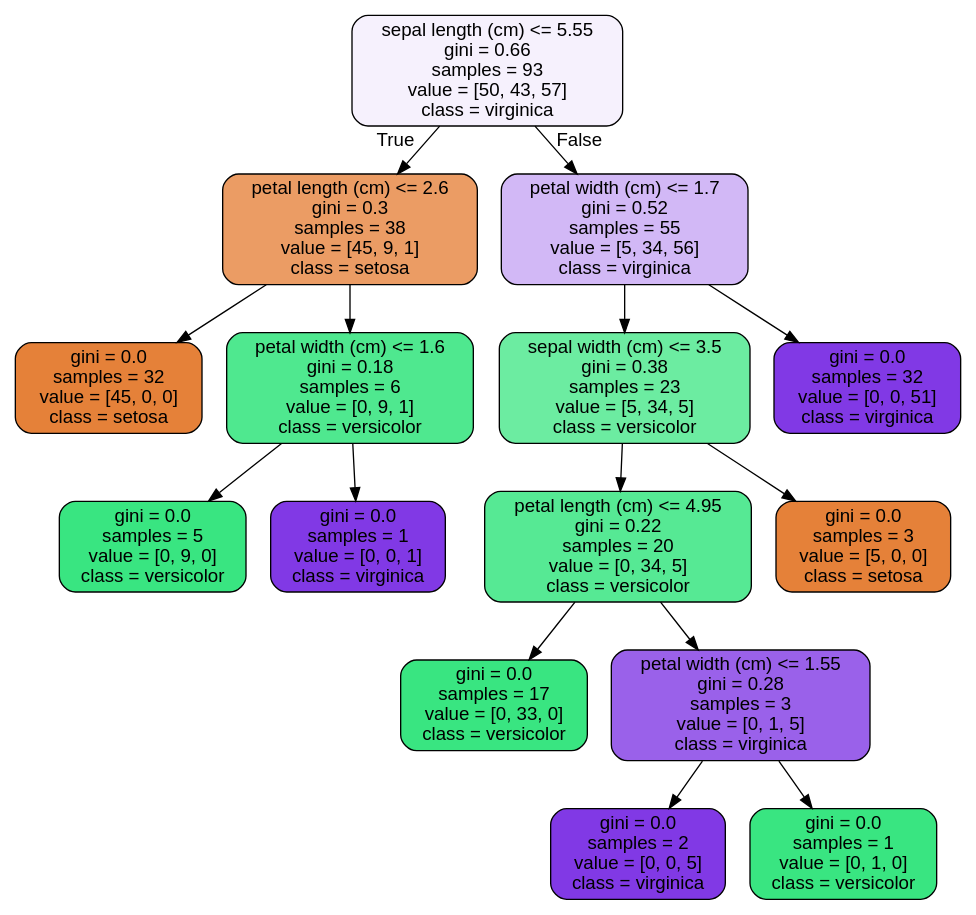
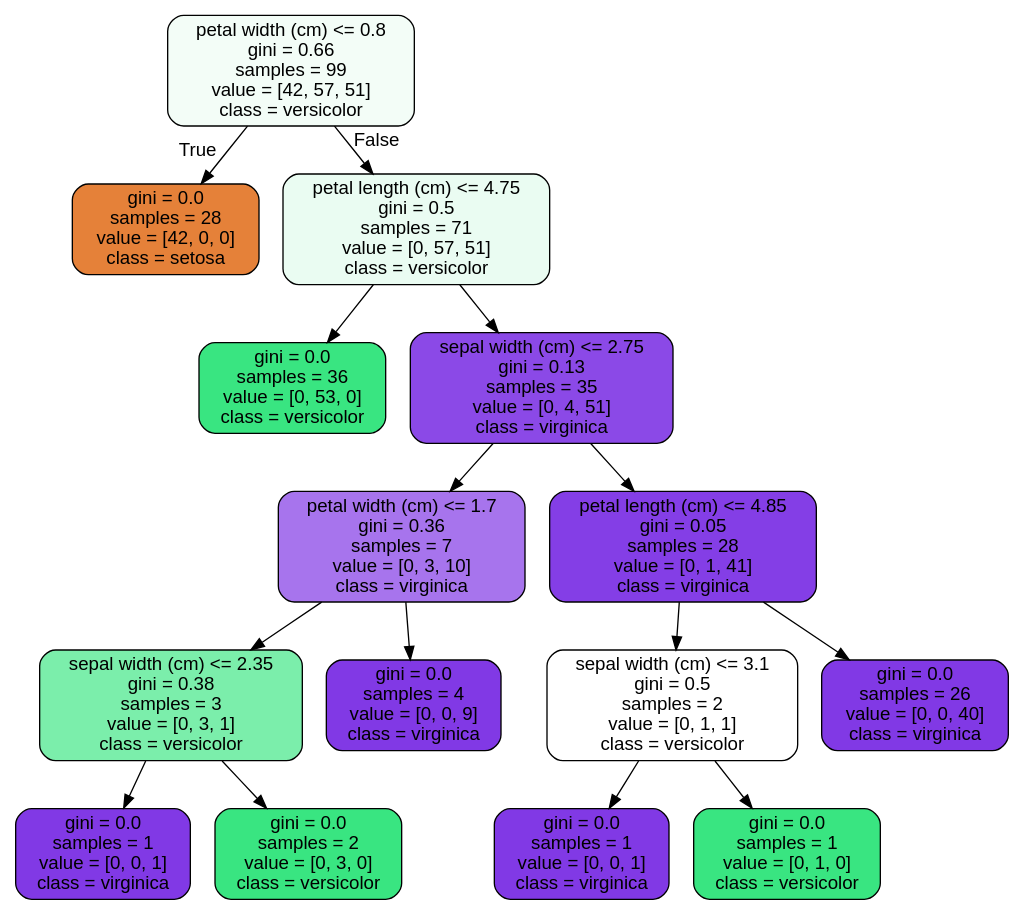
The diagram in tree.dot (amine59/pythonProject), drawn with Graphviz before and after one commit. The commit also changed 1 other file, not shown here.

```diff
--- a/tree.dot
+++ b/tree.dot
@@ -1,33 +1,33 @@
 digraph Tree {
 node [shape=box, style="filled, rounded", color="black", fontname="helvetica"] ;
 edge [fontname="helvetica"] ;
-0 [label="sepal length (cm) <= 5.55\ngini = 0.66\nsamples = 93\nvalue = [50, 43, 57]\nclass = virginica", fillcolor="#f6f1fd"] ;
-1 [label="petal length (cm) <= 2.6\ngini = 0.3\nsamples = 38\nvalue = [45, 9, 1]\nclass = setosa", fillcolor="#eb9c64"] ;
+0 [label="petal width (cm) <= 0.8\ngini = 0.66\nsamples = 99\nvalue = [42, 57, 51]\nclass = versicolor", fillcolor="#f3fdf7"] ;
+1 [label="gini = 0.0\nsamples = 28\nvalue = [42, 0, 0]\nclass = setosa", fillcolor="#e58139"] ;
 0 -> 1 [labeldistance=2.5, labelangle=45, headlabel="True"] ;
-2 [label="gini = 0.0\nsamples = 32\nvalue = [45, 0, 0]\nclass = setosa", fillcolor="#e58139"] ;
-1 -> 2 ;
-3 [label="petal width (cm) <= 1.6\ngini = 0.18\nsamples = 6\nvalue = [0, 9, 1]\nclass = versicolor", fillcolor="#4fe88f"] ;
-1 -> 3 ;
-4 [label="gini = 0.0\nsamples = 5\nvalue = [0, 9, 0]\nclass = versicolor", fillcolor="#39e581"] ;
-3 -> 4 ;
-5 [label="gini = 0.0\nsamples = 1\nvalue = [0, 0, 1]\nclass = virginica", fillcolor="#8139e5"] ;
-3 -> 5 ;
-6 [label="petal width (cm) <= 1.7\ngini = 0.52\nsamples = 55\nvalue = [5, 34, 56]\nclass = virginica", fillcolor="#d2b8f6"] ;
-0 -> 6 [labeldistance=2.5, labelangle=-45, headlabel="False"] ;
-7 [label="sepal width (cm) <= 3.5\ngini = 0.38\nsamples = 23\nvalue = [5, 34, 5]\nclass = versicolor", fillcolor="#6ceca1"] ;
+2 [label="petal length (cm) <= 4.75\ngini = 0.5\nsamples = 71\nvalue = [0, 57, 51]\nclass = versicolor", fillcolor="#eafcf2"] ;
+0 -> 2 [labeldistance=2.5, labelangle=-45, headlabel="False"] ;
+3 [label="gini = 0.0\nsamples = 36\nvalue = [0, 53, 0]\nclass = versicolor", fillcolor="#39e581"] ;
+2 -> 3 ;
+4 [label="sepal width (cm) <= 2.75\ngini = 0.13\nsamples = 35\nvalue = [0, 4, 51]\nclass = virginica", fillcolor="#8b49e7"] ;
+2 -> 4 ;
+5 [label="petal width (cm) <= 1.7\ngini = 0.36\nsamples = 7\nvalue = [0, 3, 10]\nclass = virginica", fillcolor="#a774ed"] ;
+4 -> 5 ;
+6 [label="sepal width (cm) <= 2.35\ngini = 0.38\nsamples = 3\nvalue = [0, 3, 1]\nclass = versicolor", fillcolor="#7beeab"] ;
+5 -> 6 ;
+7 [label="gini = 0.0\nsamples = 1\nvalue = [0, 0, 1]\nclass = virginica", fillcolor="#8139e5"] ;
 6 -> 7 ;
-8 [label="petal length (cm) <= 4.95\ngini = 0.22\nsamples = 20\nvalue = [0, 34, 5]\nclass = versicolor", fillcolor="#56e994"] ;
-7 -> 8 ;
-9 [label="gini = 0.0\nsamples = 17\nvalue = [0, 33, 0]\nclass = versicolor", fillcolor="#39e581"] ;
-8 -> 9 ;
-10 [label="petal width (cm) <= 1.55\ngini = 0.28\nsamples = 3\nvalue = [0, 1, 5]\nclass = virginica", fillcolor="#9a61ea"] ;
-8 -> 10 ;
-11 [label="gini = 0.0\nsamples = 2\nvalue = [0, 0, 5]\nclass = virginica", fillcolor="#8139e5"] ;
+8 [label="gini = 0.0\nsamples = 2\nvalue = [0, 3, 0]\nclass = versicolor", fillcolor="#39e581"] ;
+6 -> 8 ;
+9 [label="gini = 0.0\nsamples = 4\nvalue = [0, 0, 9]\nclass = virginica", fillcolor="#8139e5"] ;
+5 -> 9 ;
+10 [label="petal length (cm) <= 4.85\ngini = 0.05\nsamples = 28\nvalue = [0, 1, 41]\nclass = virginica", fillcolor="#843ee6"] ;
+4 -> 10 ;
+11 [label="sepal width (cm) <= 3.1\ngini = 0.5\nsamples = 2\nvalue = [0, 1, 1]\nclass = versicolor", fillcolor="#ffffff"] ;
 10 -> 11 ;
-12 [label="gini = 0.0\nsamples = 1\nvalue = [0, 1, 0]\nclass = versicolor", fillcolor="#39e581"] ;
-10 -> 12 ;
-13 [label="gini = 0.0\nsamples = 3\nvalue = [5, 0, 0]\nclass = setosa", fillcolor="#e58139"] ;
-7 -> 13 ;
-14 [label="gini = 0.0\nsamples = 32\nvalue = [0, 0, 51]\nclass = virginica", fillcolor="#8139e5"] ;
-6 -> 14 ;
+12 [label="gini = 0.0\nsamples = 1\nvalue = [0, 0, 1]\nclass = virginica", fillcolor="#8139e5"] ;
+11 -> 12 ;
+13 [label="gini = 0.0\nsamples = 1\nvalue = [0, 1, 0]\nclass = versicolor", fillcolor="#39e581"] ;
+11 -> 13 ;
+14 [label="gini = 0.0\nsamples = 26\nvalue = [0, 0, 40]\nclass = virginica", fillcolor="#8139e5"] ;
+10 -> 14 ;
 }
```
